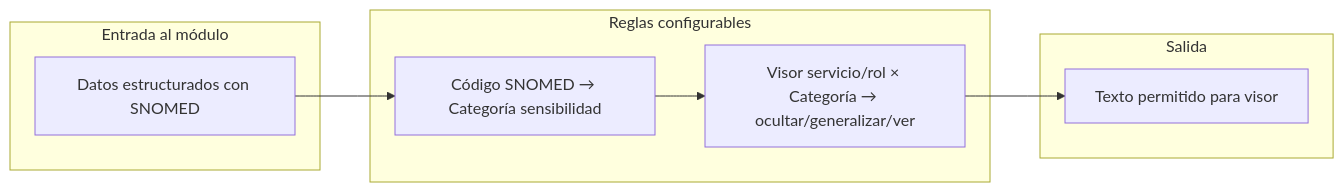
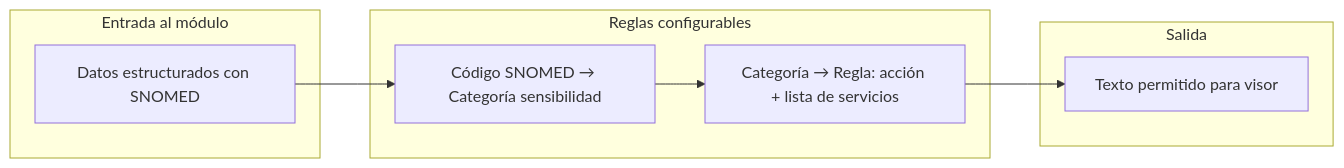
One commit to luischanferoni/bioenlace changed the second of 2 diagrams in web/docs/RESUMEN_TIMELINE_PACIENTE_IA.md. Above: the diagram before and after it, drawn with Mermaid. The commit also changed other lines of this file and 15 other files, not shown here.

````diff
--- a/web/docs/RESUMEN_TIMELINE_PACIENTE_IA.md
+++ b/web/docs/RESUMEN_TIMELINE_PACIENTE_IA.md
@@ -45,16 +45,16 @@
 ```mermaid
 flowchart LR
   subgraph entrada [Entrada al módulo]
     D[Datos estructurados con SNOMED]
   end
   subgraph reglas [Reglas configurables]
     M[Código SNOMED → Categoría sensibilidad]
-    V[Visor servicio/rol × Categoría → ocultar/generalizar/ver]
+    R[Categoría → Regla: acción + lista de servicios]
   end
   subgraph salida [Salida]
     T[Texto permitido para visor]
   end
   D --> M
-  M --> V
-  V --> T
+  M --> R
+  R --> T
 ```
````
